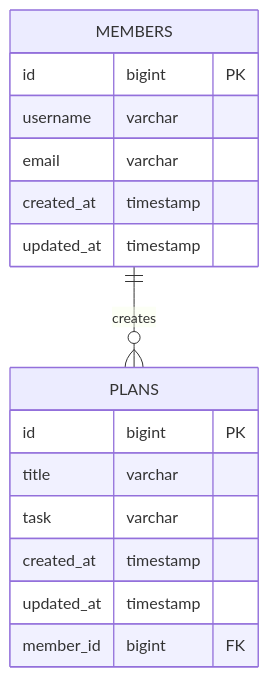
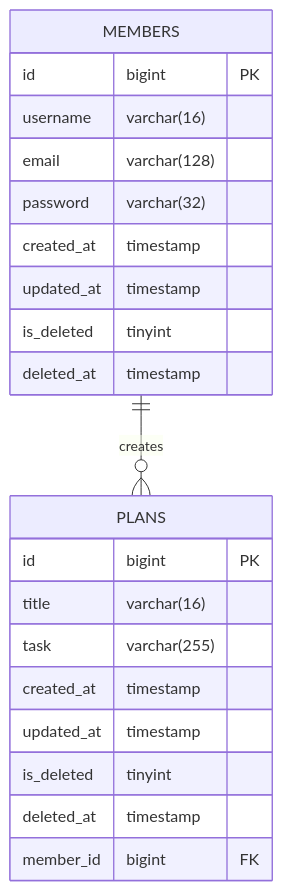
One commit to backswan0/sparta-week3-planner-develop changed the diagram in README.md. Above: the diagram before and after it, drawn with Mermaid. The commit also changed other lines of this file, not shown here.

````diff
--- a/README.md
+++ b/README.md
@@ -21,19 +23,24 @@
 ```mermaid
 erDiagram
 MEMBERS ||--o{ PLANS : creates
 MEMBERS {
 id bigint PK
-username varchar
-email varchar
+username varchar(16)
+email varchar(128)
+password varchar(32)
 created_at timestamp
 updated_at timestamp
+is_deleted tinyint
+deleted_at timestamp
 }
 PLANS {
 id bigint PK
-title varchar
-task varchar
+title varchar(16)
+task varchar(255)
 created_at timestamp
 updated_at timestamp
+is_deleted tinyint
+deleted_at timestamp
 member_id bigint FK
 }
 ```
````
